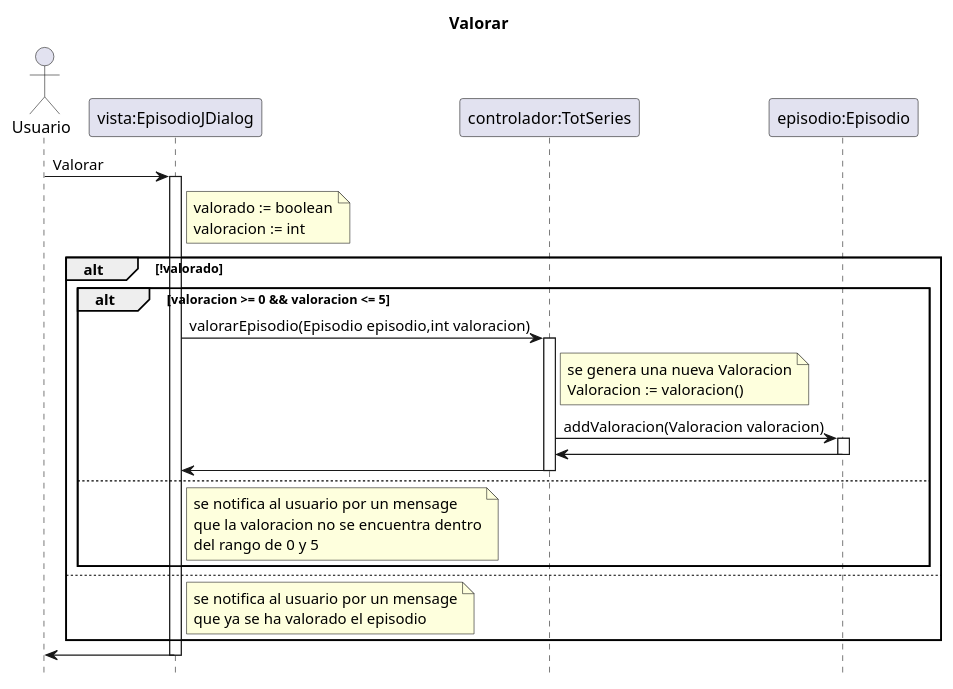
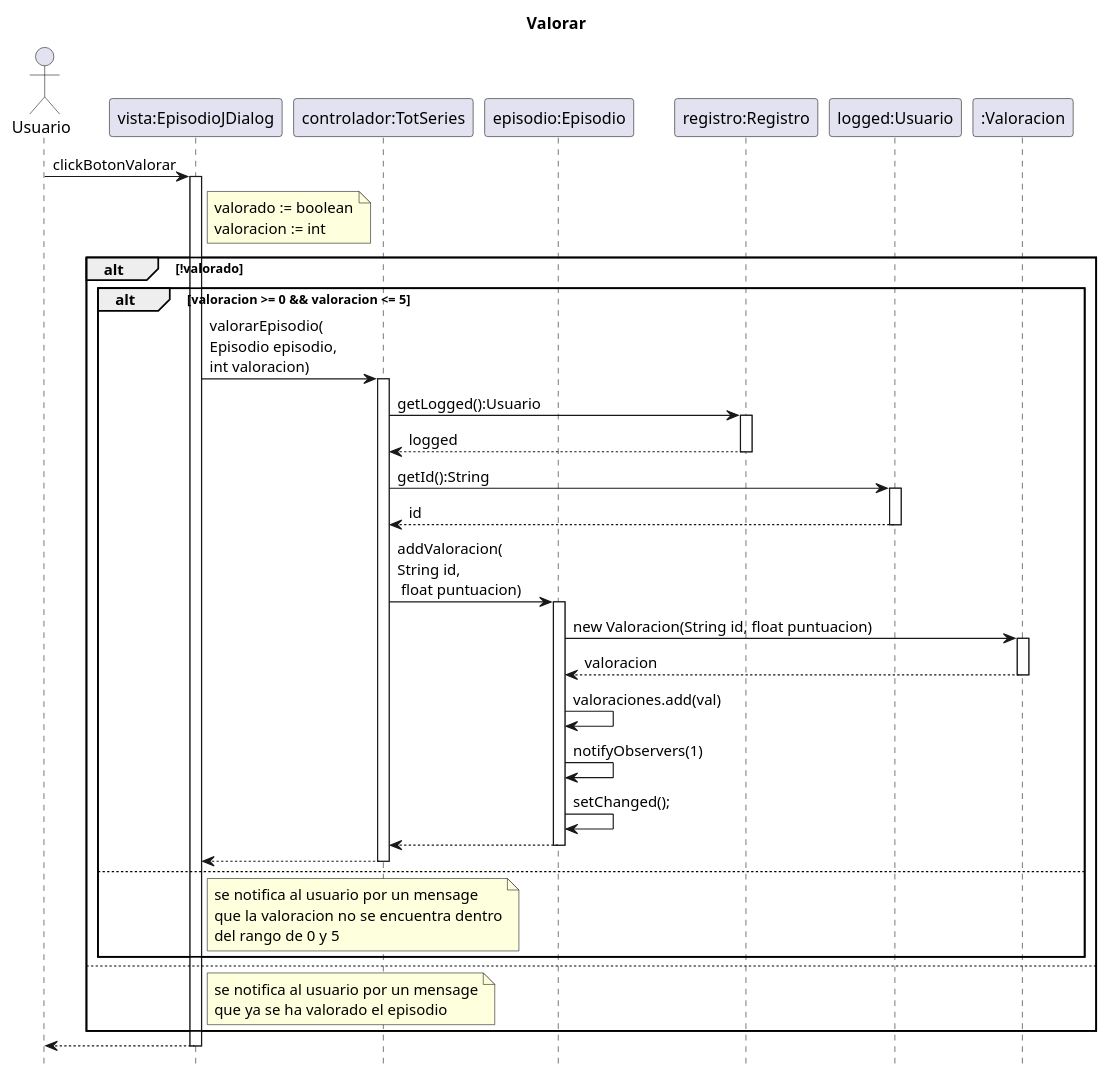
Before and after one commit to MrViciao/TotSeries: the diagram in src/totseries/Uml/Secuencia/Diagrama de secuencia Valorar.puml, drawn with PlantUML. The commit also changed 5 other files, not shown here.

```diff
--- a/src/totseries/Uml/Secuencia/Diagrama de secuencia Valorar.puml
+++ b/src/totseries/Uml/Secuencia/Diagrama de secuencia Valorar.puml
@@ -1,45 +1,64 @@
 @startuml
 title		Valorar
 hide	footbox
 
 actor	Usuario as usuario
 participant "vista:EpisodioJDialog" as vista
 participant "controlador:TotSeries" as totseries
 participant "episodio:Episodio" as episodio
+participant "registro:Registro" as registro
+participant "logged:Usuario" as logged
+participant ":Valoracion" as valoracion
 
-usuario -> vista : Valorar
+usuario -> vista : clickBotonValorar
 activate vista
 note right vista
     valorado := boolean
     valoracion := int
 end note
 alt !valorado  
     alt valoracion >= 0 && valoracion <= 5
-        vista -> totseries : valorarEpisodio(Episodio episodio,int valoracion)
+        
+        
+        vista -> totseries : valorarEpisodio(\nEpisodio episodio,\nint valoracion)
         activate totseries
-        note right totseries
-            se genera una nueva Valoracion
-            Valoracion := valoracion()
-        end note
-        totseries -> episodio : addValoracion(Valoracion valoracion)
+        
+        totseries -> registro : getLogged():Usuario
+        activate registro
+        registro -->totseries : logged
+        deactivate registro
+        totseries -> logged : getId():String
+        activate logged
+        logged --> totseries : id
+        deactivate logged
+        
+        
+        totseries -> episodio : addValoracion(\nString id,\n float puntuacion)
         activate episodio
-        episodio -> totseries
+        episodio -> valoracion : new Valoracion(String id, float puntuacion)
+        activate valoracion
+        valoracion -->episodio: valoracion
+        deactivate valoracion
+        episodio ->episodio: valoraciones.add(val)
+        episodio ->episodio: notifyObservers(1)
+        episodio ->episodio: setChanged();
+        episodio --> totseries
         deactivate episodio
-        totseries ->vista
+        totseries -->vista
         deactivate totseries
     else 
         note right vista
             se notifica al usuario por un mensage
             que la valoracion no se encuentra dentro
             del rango de 0 y 5
         end note
     end alt
 else
     note right vista
         se notifica al usuario por un mensage
         que ya se ha valorado el episodio
     end note
 end alt
-vista -> usuario
+vista --> usuario
 deactivate vista
 @enduml
```
